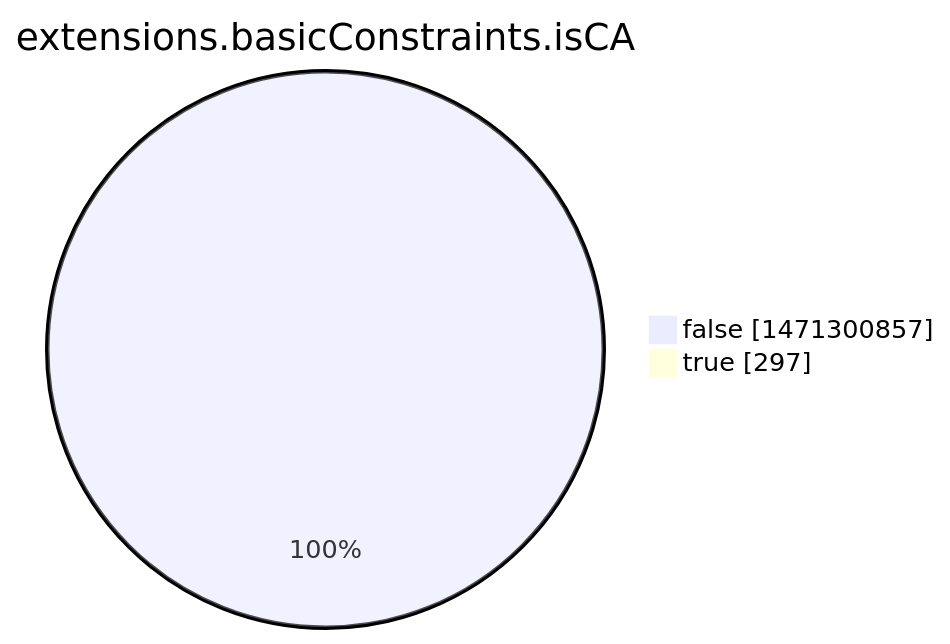
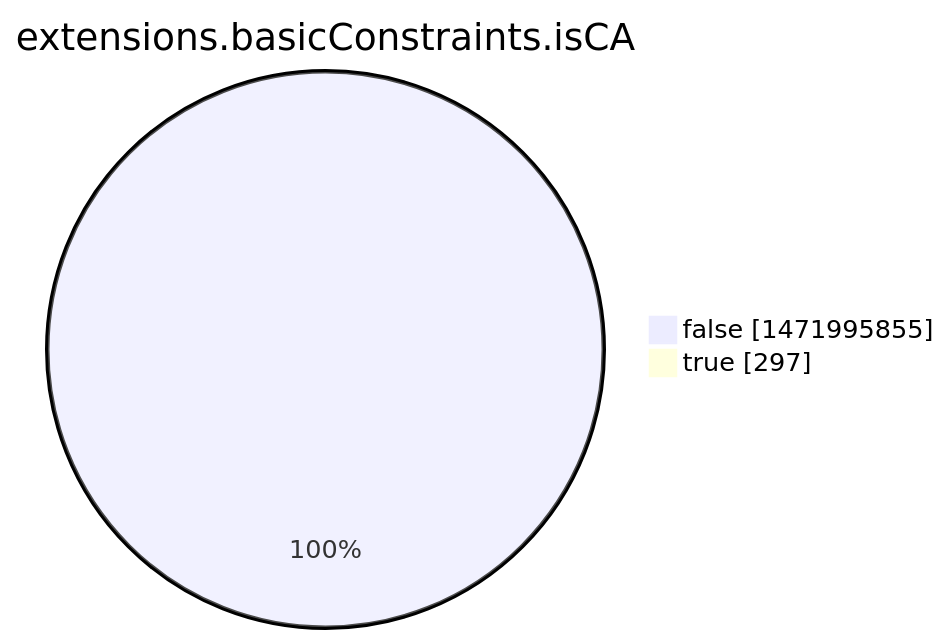
Before and after one commit to christiankrug/ctmonitor_visualization: the eighth of 15 diagrams in argon2022/README.md, drawn with Mermaid. The commit also changed other lines of this file, not shown here.

````diff
--- a/argon2022/README.md
+++ b/argon2022/README.md
@@ -2760,6 +2760,6 @@
 ```mermaid
 pie showData
 title extensions.basicConstraints.isCA
-"false" :1471300857
+"false" :1471995855
 "true" :297
 ```
````
